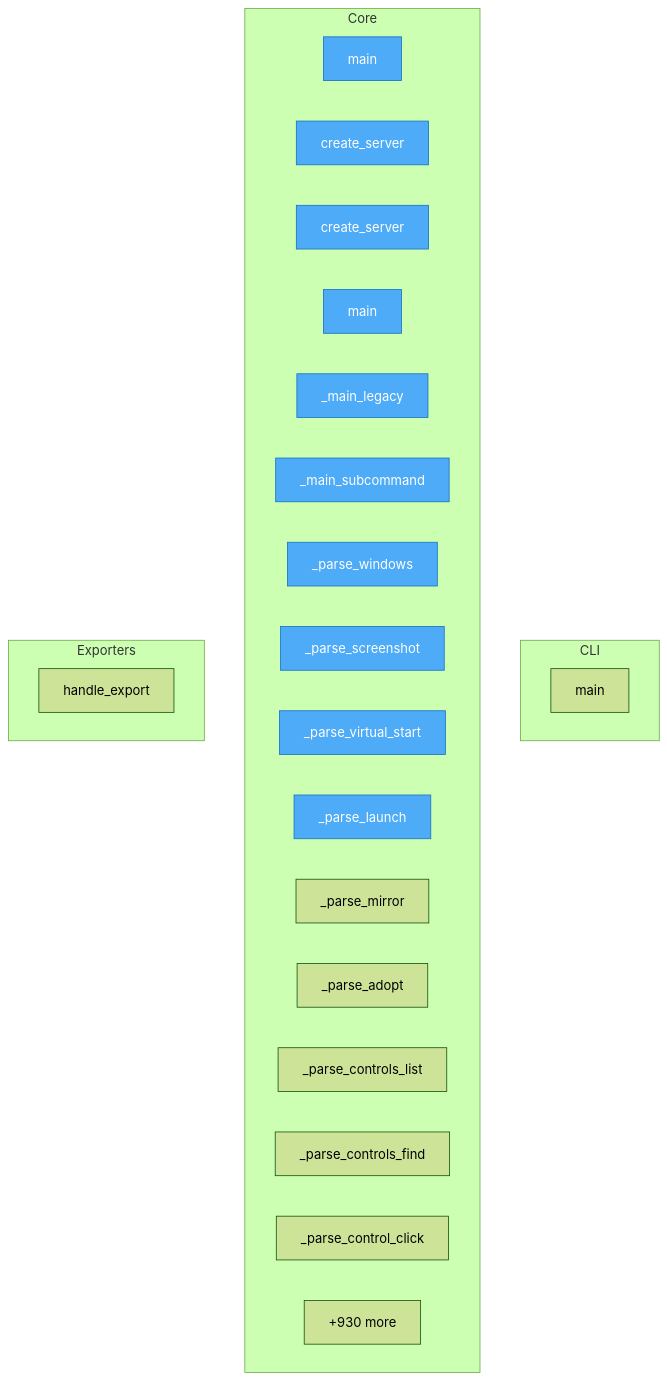
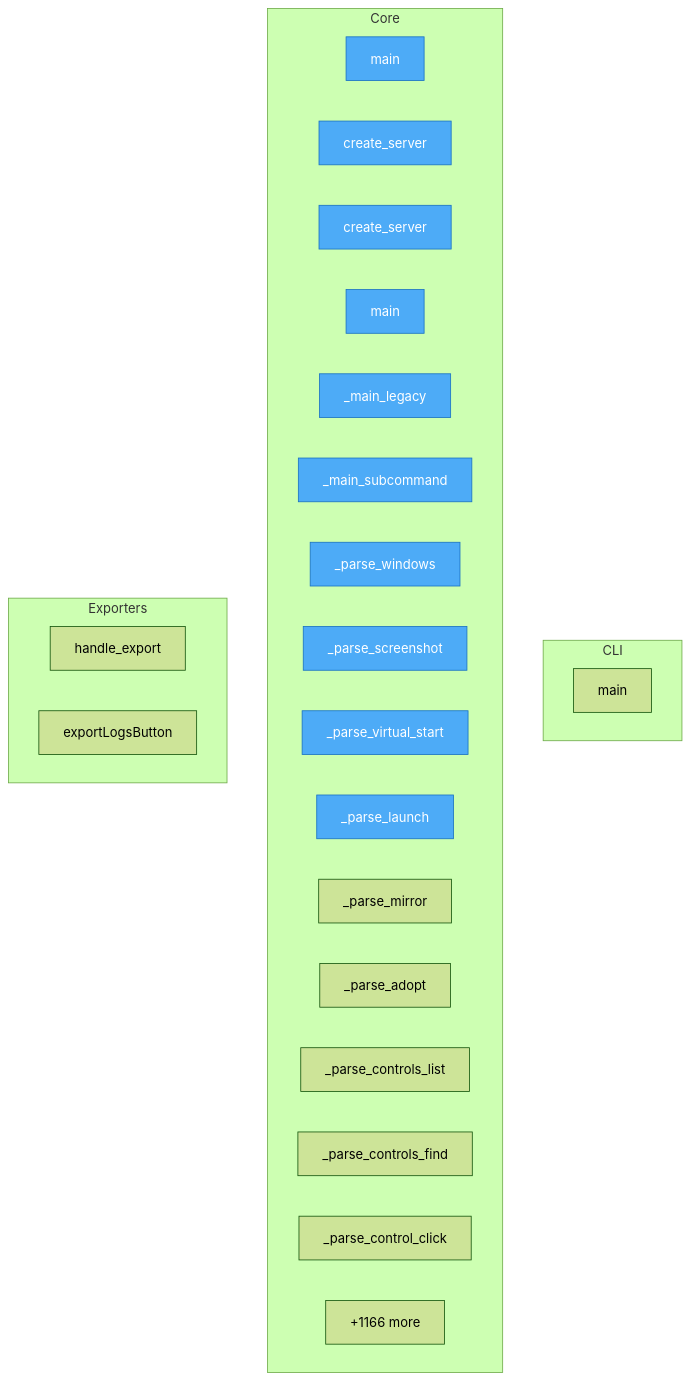
One commit to wronai/vdisplay changed the diagram in project/flow.mmd. Above: the diagram before and after it, drawn with Mermaid (forest theme). The commit also changed 91 other files, not shown here.

```diff
--- a/project/flow.mmd
+++ b/project/flow.mmd
@@ -1,34 +1,35 @@
 flowchart TD
-%% generated in 0.11s
+%% generated in 0.21s
 
     %% Entry points (blue)
     classDef entry fill:#4dabf7,stroke:#1971c2,color:#fff
 
     subgraph CLI
         packages__cli2vdisplay__src__cli2vdisplay__cli__main["main"]
     end
 
     subgraph Core
         packages__mcp2vdisplay__src__mcp2vdisplay__cli__main["main"]
         packages__mcp2vdisplay__src__mcp2vdisplay__cli__create_server["create_server"]
         packages__mcp2vdisplay__src__mcp2vdisplay__server__create_server["create_server"]
         packages__dsl2vdisplay__src__dsl2vdisplay__cli__main["main"]
         packages__dsl2vdisplay__src__dsl2vdisplay__cli___main_legacy["_main_legacy"]
         packages__dsl2vdisplay__src__dsl2vdisplay__cli___main_subcommand["_main_subcommand"]
         packages__dsl2vdisplay__src__dsl2vdisplay__grammar___parse_windows["_parse_windows"]
         packages__dsl2vdisplay__src__dsl2vdisplay__grammar___parse_screenshot["_parse_screenshot"]
         packages__dsl2vdisplay__src__dsl2vdisplay__grammar___parse_virtual_start["_parse_virtual_start"]
         packages__dsl2vdisplay__src__dsl2vdisplay__grammar___parse_launch["_parse_launch"]
         packages__dsl2vdisplay__src__dsl2vdisplay__grammar___parse_mirror["_parse_mirror"]
         packages__dsl2vdisplay__src__dsl2vdisplay__grammar___parse_adopt["_parse_adopt"]
         packages__dsl2vdisplay__src__dsl2vdisplay__grammar___parse_controls_list["_parse_controls_list"]
         packages__dsl2vdisplay__src__dsl2vdisplay__grammar___parse_controls_find["_parse_controls_find"]
         packages__dsl2vdisplay__src__dsl2vdisplay__grammar___parse_control_click["_parse_control_click"]
-        ...["+930 more"]
+        ...["+1166 more"]
     end
 
     subgraph Exporters
         src__vdisplay__commands__session__handle_export["handle_export"]
+        packages__vdisplay_electron_share__renderer__exportLogsButton["exportLogsButton"]
     end
 
     class packages__mcp2vdisplay__src__mcp2vdisplay__cli__main,packages__mcp2vdisplay__src__mcp2vdisplay__cli__create_server,packages__mcp2vdisplay__src__mcp2vdisplay__server__create_server,packages__dsl2vdisplay__src__dsl2vdisplay__cli__main,packages__dsl2vdisplay__src__dsl2vdisplay__cli___main_legacy,packages__dsl2vdisplay__src__dsl2vdisplay__cli___main_subcommand,packages__dsl2vdisplay__src__dsl2vdisplay__grammar___parse_windows,packages__dsl2vdisplay__src__dsl2vdisplay__grammar___parse_screenshot,packages__dsl2vdisplay__src__dsl2vdisplay__grammar___parse_virtual_start,packages__dsl2vdisplay__src__dsl2vdisplay__grammar___parse_launch entry
```
